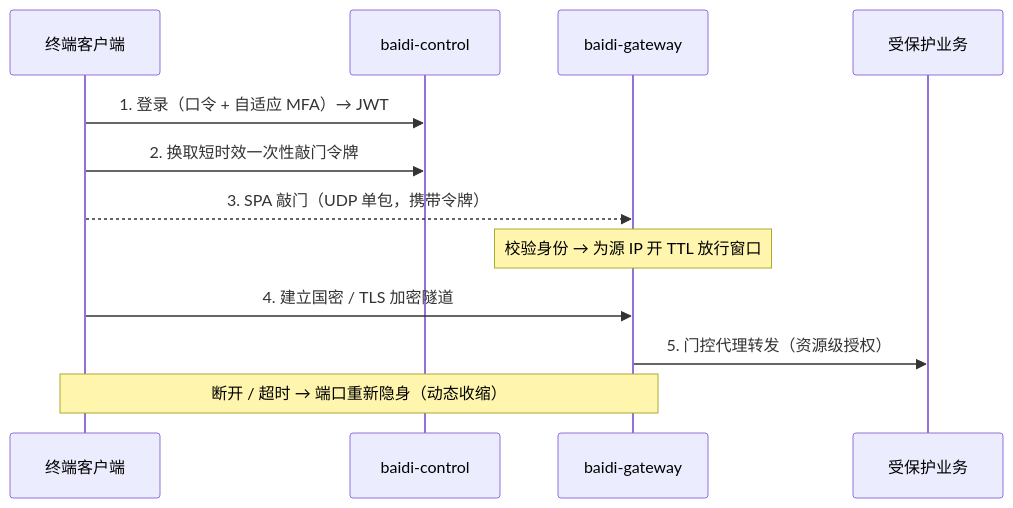
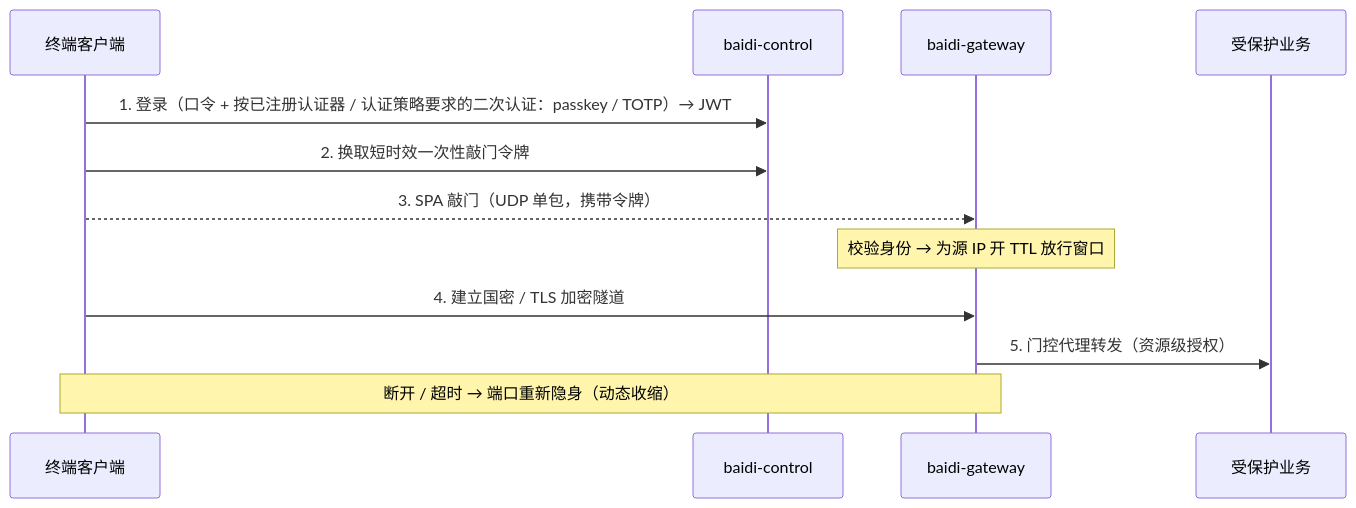
The second of 2 diagrams in README.md (Promethues0/baidi), drawn with Mermaid before and after one commit. The commit also changed other lines of this file and 2 other files, not shown here.

````diff
--- a/README.md
+++ b/README.md
@@ -65,14 +70,14 @@
 ```mermaid
 sequenceDiagram
   participant U as 终端客户端
   participant C as baidi-control
   participant G as baidi-gateway
   participant R as 受保护业务
-  U->>C: 1. 登录（口令 + 自适应 MFA）→ JWT
+  U->>C: 1. 登录（口令 + 按已注册认证器 / 认证策略要求的二次认证：passkey / TOTP）→ JWT
   U->>C: 2. 换取短时效一次性敲门令牌
   U-->>G: 3. SPA 敲门（UDP 单包，携带令牌）
   Note over G: 校验身份 → 为源 IP 开 TTL 放行窗口
   U->>G: 4. 建立国密 / TLS 加密隧道
   G->>R: 5. 门控代理转发（资源级授权）
   Note over U,G: 断开 / 超时 → 端口重新隐身（动态收缩）
 ```
````
